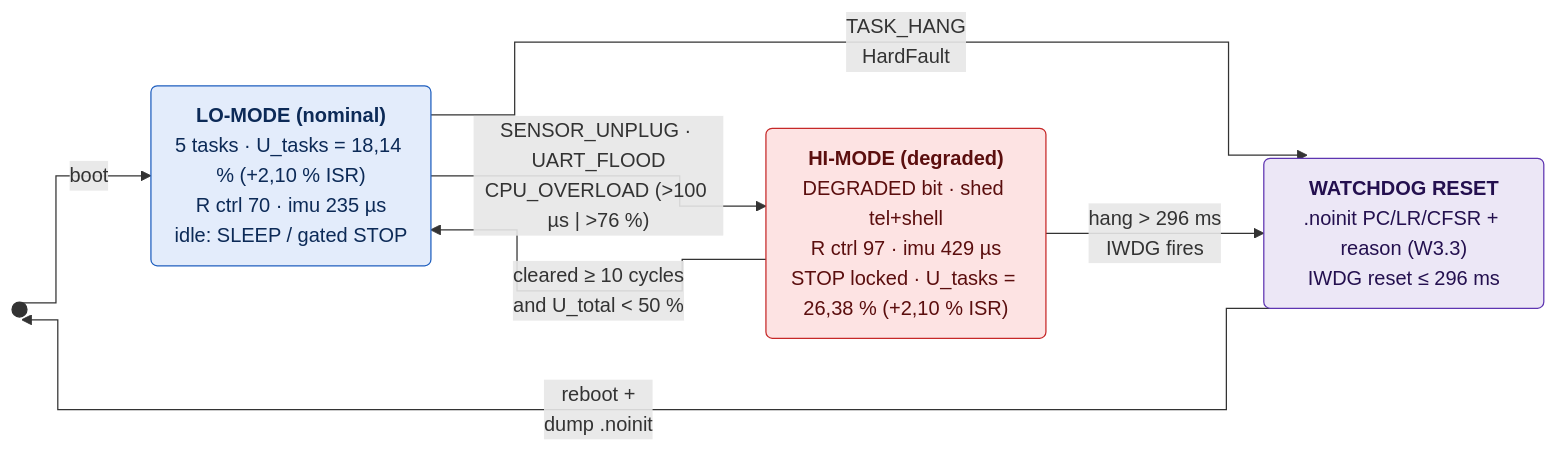
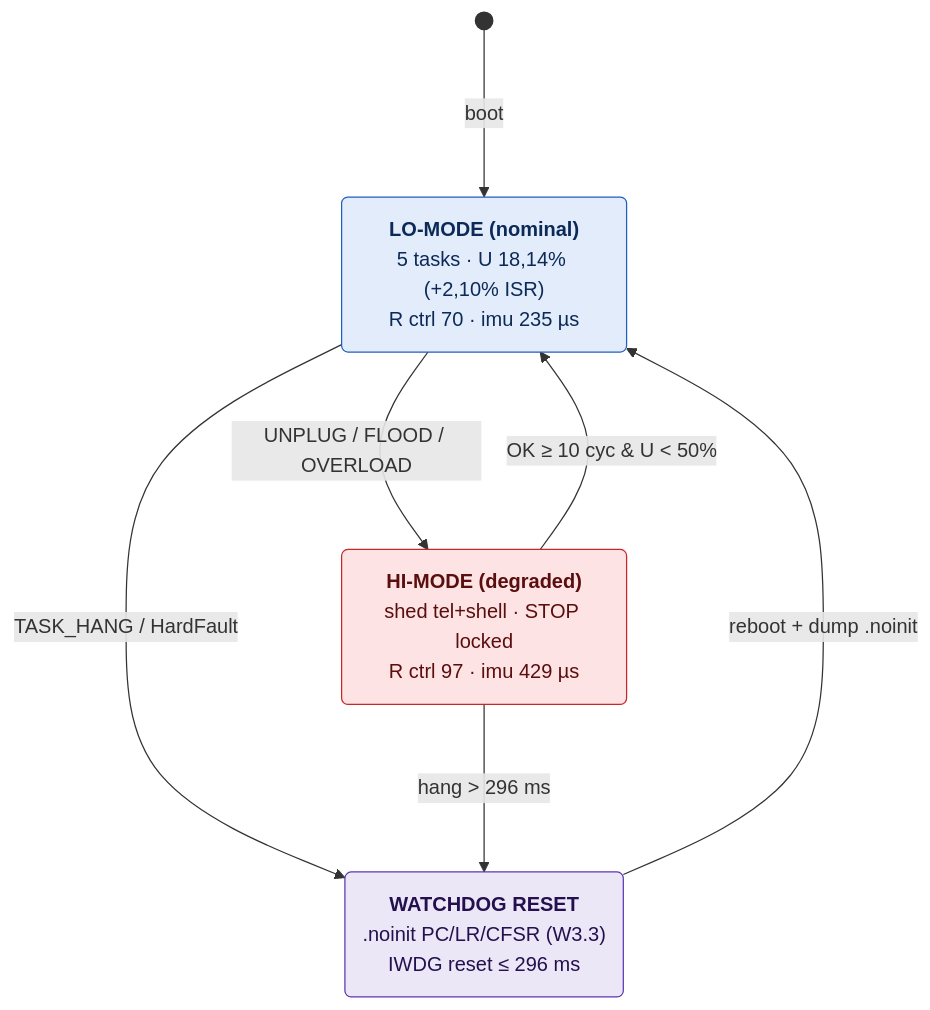
The third of 3 diagrams in week4/ex1/REPORT.md (NguyenTrongNhan2006/intern-261-rtos-course-hard), drawn with Mermaid before and after one commit. The commit also changed other lines of this file and 5 other files, not shown here.

Commit message:
docs(w4e1): fix GitHub math/Mermaid rendering, drop HTML/GraphML, set submit date 19/11/2026

````diff
--- a/week4/ex1/REPORT.md
+++ b/week4/ex1/REPORT.md
@@ -140,17 +139,17 @@
 ```mermaid
-%%{init: {"flowchart": {"curve": "step", "nodeSpacing": 56, "rankSpacing": 68, "padding": 12}}}%%
-flowchart LR
+%%{init: {"flowchart": {"curve": "basis", "nodeSpacing": 70, "rankSpacing": 110, "padding": 14}}}%%
+flowchart TB
     S0(( )):::start -->|boot| LO
-    LO("<b>LO-MODE (nominal)</b><br/>5 tasks · U_tasks = 18,14 % (+2,10 % ISR)<br/>R ctrl 70 · imu 235 µs<br/>idle: SLEEP / gated STOP"):::lo
-    HI("<b>HI-MODE (degraded)</b><br/>DEGRADED bit · shed tel+shell<br/>R ctrl 97 · imu 429 µs<br/>STOP locked · U_tasks = 26,38 % (+2,10 % ISR)"):::hi
-    RST("<b>WATCHDOG RESET</b><br/>.noinit PC/LR/CFSR + reason (W3.3)<br/>IWDG reset ≤ 296 ms"):::rst
-    LO -->|"SENSOR_UNPLUG · UART_FLOOD<br/>CPU_OVERLOAD (>100 µs | >76 %)"| HI
-    HI -->|"cleared ≥ 10 cycles<br/>and U_total < 50 %"| LO
-    LO -->|"TASK_HANG<br/>HardFault"| RST
-    HI -->|"hang > 296 ms<br/>IWDG fires"| RST
-    RST -->|"reboot +<br/>dump .noinit"| S0
+    LO("<b>LO-MODE (nominal)</b><br/>5 tasks · U 18,14% (+2,10% ISR)<br/>R ctrl 70 · imu 235 µs"):::lo
+    HI("<b>HI-MODE (degraded)</b><br/>shed tel+shell · STOP locked<br/>R ctrl 97 · imu 429 µs"):::hi
+    RST("<b>WATCHDOG RESET</b><br/>.noinit PC/LR/CFSR (W3.3)<br/>IWDG reset ≤ 296 ms"):::rst
+    LO -->|"UNPLUG / FLOOD / OVERLOAD"| HI
+    HI -->|"OK ≥ 10 cyc & U < 50%"| LO
+    LO -->|"TASK_HANG / HardFault"| RST
+    HI -->|"hang > 296 ms"| RST
+    RST -->|"reboot + dump .noinit"| LO
     classDef start fill:#333,stroke:#333
     classDef lo fill:#E3ECFB,stroke:#1F5FBF,color:#0C2A57
     classDef hi fill:#FDE3E3,stroke:#C62828,color:#5B0E0E
     classDef rst fill:#ECE7F6,stroke:#5E35B1,color:#24104F
 ```
````
